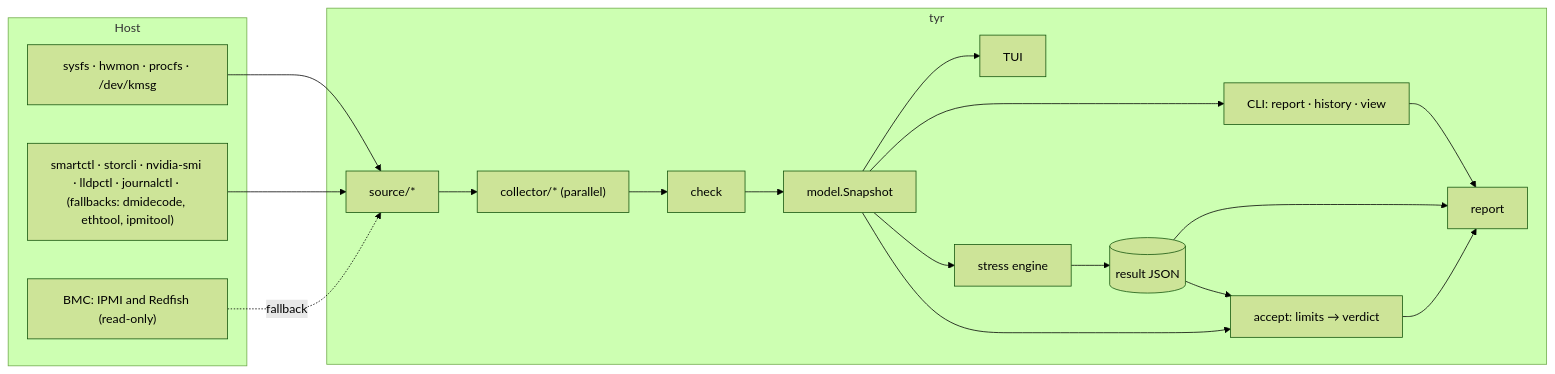
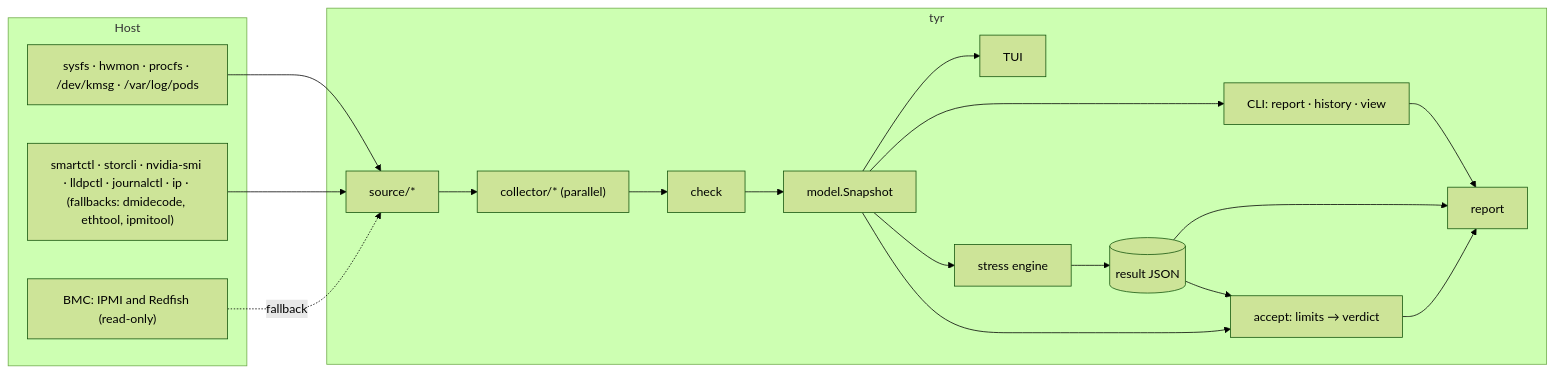
The first of 2 diagrams in docs/architecture.md (noahzmr/tyr), drawn with Mermaid (forest theme) before and after one commit. The commit also changed other lines of this file and 5 other files, not shown here.

````diff
--- a/docs/architecture.md
+++ b/docs/architecture.md
@@ -27,24 +27,24 @@
 ```mermaid
 flowchart LR
     subgraph host["Host"]
-        sys["sysfs · hwmon · procfs · /dev/kmsg"]
-        tools["smartctl · storcli · nvidia-smi · lldpctl · journalctl · (fallbacks: dmidecode, ethtool, ipmitool)"]
+        sys["sysfs · hwmon · procfs · /dev/kmsg · /var/log/pods"]
+        tools["smartctl · storcli · nvidia-smi · lldpctl · journalctl · ip · (fallbacks: dmidecode, ethtool, ipmitool)"]
         bmc["BMC: IPMI and Redfish (read-only)"]
     end
     subgraph tyr["tyr"]
         src["source/*"] --> col["collector/* (parallel)"]
         col --> chk["check"] --> snap["model.Snapshot"]
         snap --> tui["TUI"]
         snap --> cli["CLI: report · history · view"]
         snap --> stress["stress engine"]
         stress --> res[("result JSON")]
         res --> rep["report"]
         snap --> acc["accept: limits → verdict"]
         res --> acc
         acc --> rep
         cli --> rep
     end
     sys --> src
     tools --> src
     bmc -. fallback .-> src
 ```
````
